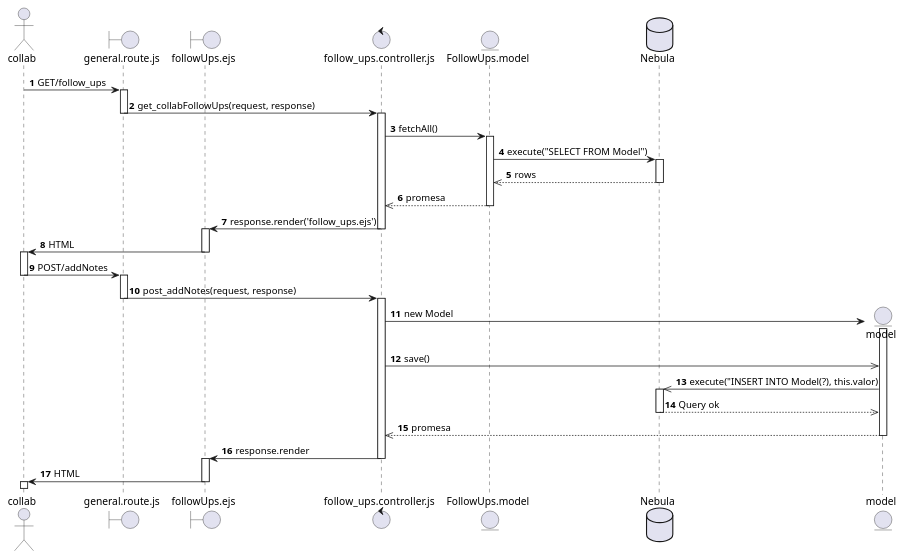
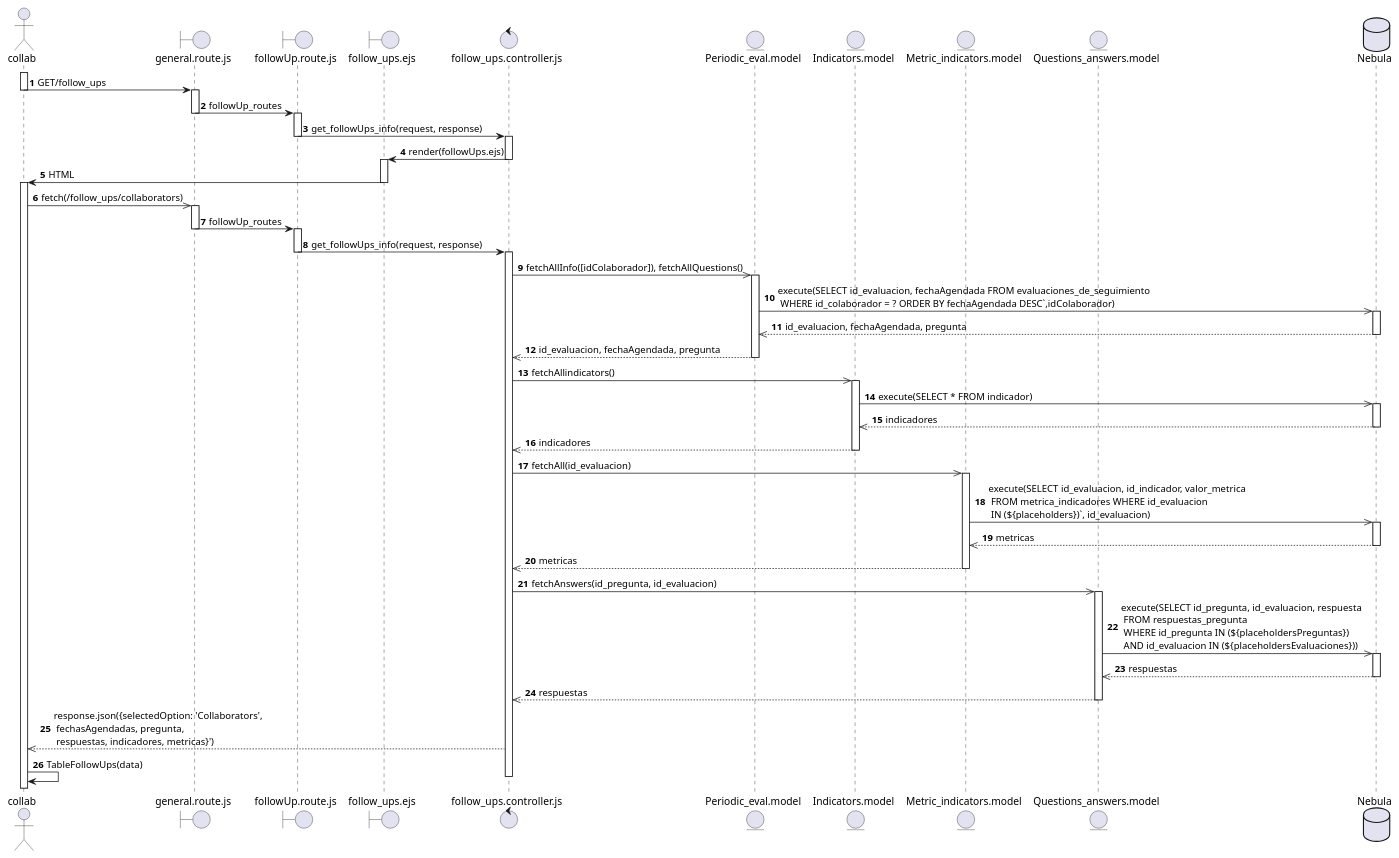
Before and after one commit to SALV19/Nebula_tc2005b: the diagram in diagramas_secuencia/collab_consults_follow-ups.puml, drawn with PlantUML. The commit also changed 3 other files, not shown here.

First line of the commit message:
Fa/req 12 collab consults follow ups

```diff
--- a/diagramas_secuencia/collab_consults_follow-ups.puml
+++ b/diagramas_secuencia/collab_consults_follow-ups.puml
@@ -1,70 +1,86 @@
 @startuml REQ-12
 autonumber
 actor collab
-boundary general.route.js as followUpsRoutes
-boundary followUps.ejs as followUpsViews
+boundary general.route.js as GeneralRoutes
+boundary followUp.route.js as followUpsRoutes
+boundary follow_ups.ejs as followUpsViews
 control follow_ups.controller.js as followUpsController
-entity FollowUps.model as followUpsModel
-
+entity Periodic_eval.model as evalModel
+entity Indicators.model as IndiModel
+entity Metric_indicators.model as IndiMetricModel
+entity Questions_answers.model as AnsModel
 database Nebula as nebula
 
-collab -> followUpsRoutes : GET/follow_ups
+activate collab
+collab -> GeneralRoutes: GET/follow_ups
+deactivate collab
+activate GeneralRoutes
+
+GeneralRoutes -> followUpsRoutes: followUp_routes
+deactivate GeneralRoutes
 activate followUpsRoutes
 
-followUpsRoutes -> followUpsController: get_collabFollowUps(request, response)
+followUpsRoutes -> followUpsController: get_followUps_info(request, response)
 deactivate followUpsRoutes
 activate followUpsController
 
-followUpsController -> followUpsModel: fetchAll()
-activate followUpsModel
-
-followUpsModel -> nebula: execute("SELECT FROM Model")
-activate nebula
-
-nebula -->> followUpsModel: rows
-deactivate nebula
-
-followUpsModel -->> followUpsController: promesa
-deactivate followUpsModel
-
-followUpsController -> followUpsViews: response.render('follow_ups.ejs')
+followUpsController -> followUpsViews: render(followUps.ejs)
 deactivate followUpsController
 activate followUpsViews
 
-followUpsViews -> collab: HTML
+followUpsViews->collab: HTML
 deactivate followUpsViews
 activate collab
 
-collab -> followUpsRoutes: POST/addNotes
-deactivate collab
+collab ->> GeneralRoutes: fetch(/follow_ups/collaborators)
+activate GeneralRoutes
+
+GeneralRoutes -> followUpsRoutes: followUp_routes
+deactivate GeneralRoutes
 activate followUpsRoutes
 
-followUpsRoutes -> followUpsController: post_addNotes(request, response)
+followUpsRoutes -> followUpsController: get_followUps_info(request, response)
 deactivate followUpsRoutes
 activate followUpsController
 
-create entity model
-followUpsController -> model: new Model
-activate model
+followUpsController ->> evalModel: fetchAllInfo([idColaborador]), fetchAllQuestions()
+activate evalModel
+evalModel ->> nebula: execute(SELECT id_evaluacion, fechaAgendada FROM evaluaciones_de_seguimiento \n WHERE id_colaborador = ? ORDER BY fechaAgendada DESC`,idColaborador)
+activate nebula
+nebula -->> evalModel: id_evaluacion, fechaAgendada, pregunta
+deactivate nebula
+evalModel -->> followUpsController: id_evaluacion, fechaAgendada, pregunta
+deactivate evalModel
 
-followUpsController ->> model: save()
+followUpsController ->> IndiModel: fetchAllindicators()
+activate IndiModel
+IndiModel ->> nebula: execute(SELECT * FROM indicador)
+activate nebula
+nebula -->> IndiModel: indicadores
+deactivate nebula
+IndiModel -->> followUpsController: indicadores
+deactivate IndiModel
 
-model ->> nebula: execute("INSERT INTO Model(?), this.valor)
+followUpsController ->> IndiMetricModel: fetchAll(id_evaluacion)
+activate IndiMetricModel
+IndiMetricModel ->> nebula: execute(SELECT id_evaluacion, id_indicador, valor_metrica \n FROM metrica_indicadores WHERE id_evaluacion \n IN (${placeholders})`, id_evaluacion)
 activate nebula
+nebula -->> IndiMetricModel: metricas
+deactivate nebula
+IndiMetricModel -->> followUpsController: metricas
+deactivate IndiMetricModel
 
-nebula -->> model: Query ok
+followUpsController ->> AnsModel: fetchAnswers(id_pregunta, id_evaluacion)
+activate AnsModel
+AnsModel ->> nebula: execute(SELECT id_pregunta, id_evaluacion, respuesta \n FROM respuestas_pregunta \n WHERE id_pregunta IN (${placeholdersPreguntas}) \n AND id_evaluacion IN (${placeholdersEvaluaciones}))
+activate nebula
+nebula -->> AnsModel: respuestas
 deactivate nebula
+AnsModel -->> followUpsController: respuestas
+deactivate AnsModel
 
-model -->> followUpsController: promesa
-deactivate model
+followUpsController -->> collab: response.json({selectedOption: 'Collaborators', \n fechasAgendadas, pregunta, \n respuestas, indicadores, metricas}')
+collab -> collab: TableFollowUps(data)
+deactivate followUpsController
 
-followUpsController -> followUpsViews: response.render
-deactivate followUpsController
-activate followUpsViews
-
-followUpsViews -> collab: HTML
-deactivate followUpsViews
-activate collab
-deactivate collab
-
-@enduml
+@enduml   
```
